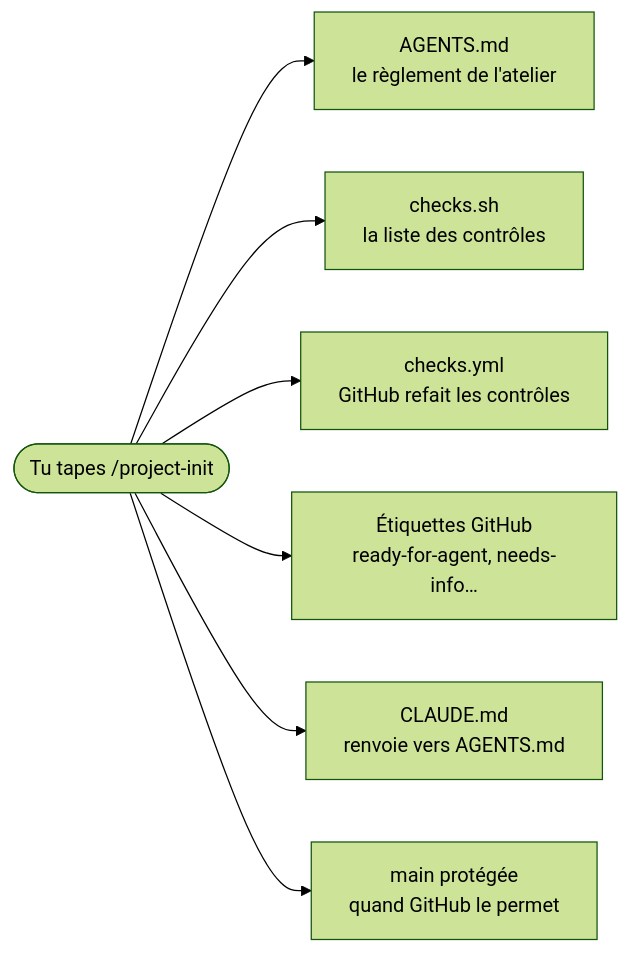
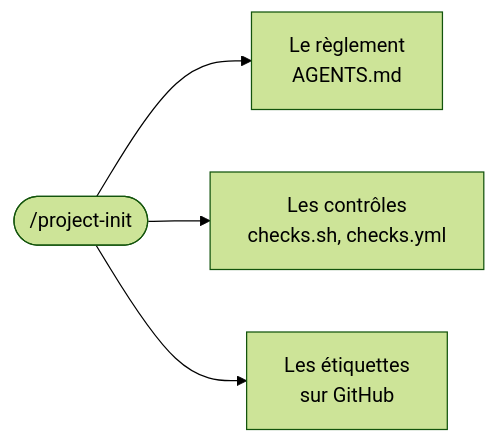
Before and after one commit to arthurnicolas59/an-forge: the fourth of 12 diagrams in README.md, drawn with Mermaid (forest theme). The commit also changed other lines of this file, not shown here.

Commit message:
Retirer les cartes du README et alléger le diagramme de l'étape 1

````diff
--- a/README.md
+++ b/README.md
@@ -141,9 +137,6 @@
 ```mermaid
 flowchart LR
-    init(["Tu tapes /project-init"]) --> a["AGENTS.md<br/>le règlement de l'atelier"]
-    init --> c["checks.sh<br/>la liste des contrôles"]
-    init --> w["checks.yml<br/>GitHub refait les contrôles"]
-    init --> e["Étiquettes GitHub<br/>ready-for-agent, needs-info…"]
-    init --> m["CLAUDE.md<br/>renvoie vers AGENTS.md"]
-    init --> p["main protégée<br/>quand GitHub le permet"]
+    init(["/project-init"]) --> regles["Le règlement<br/>AGENTS.md"]
+    init --> controles["Les contrôles<br/>checks.sh, checks.yml"]
+    init --> etiquettes["Les étiquettes<br/>sur GitHub"]
 ```
````
